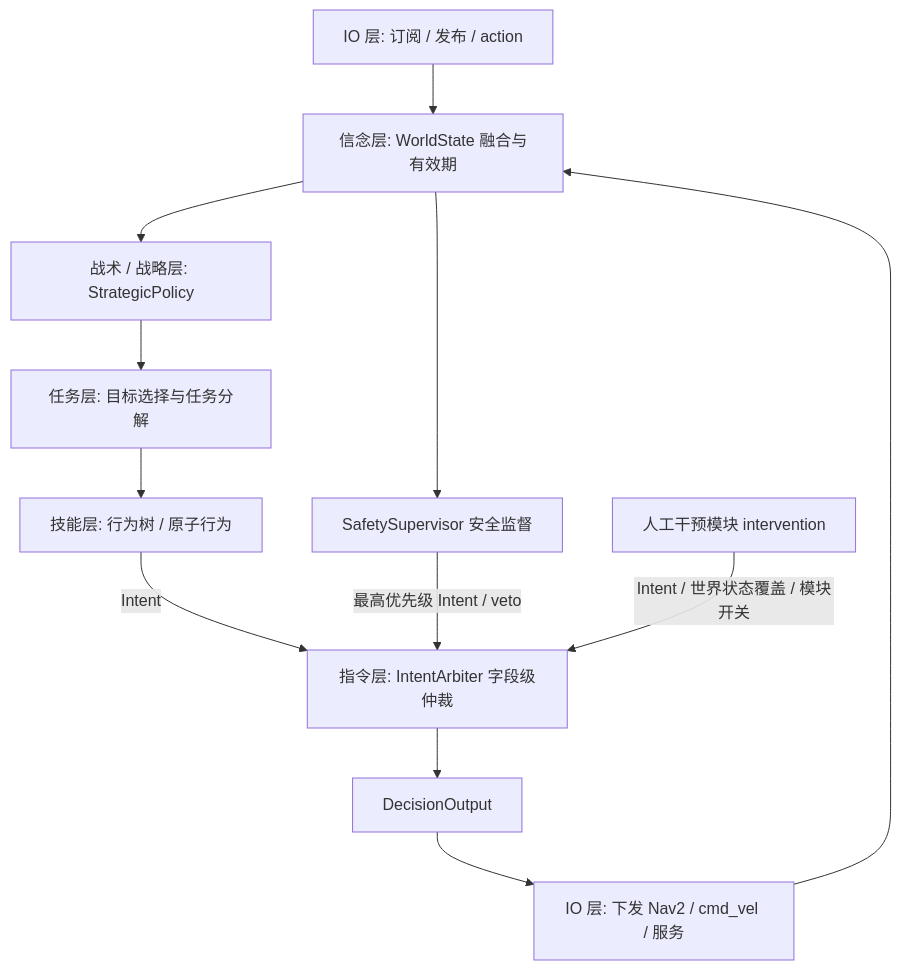
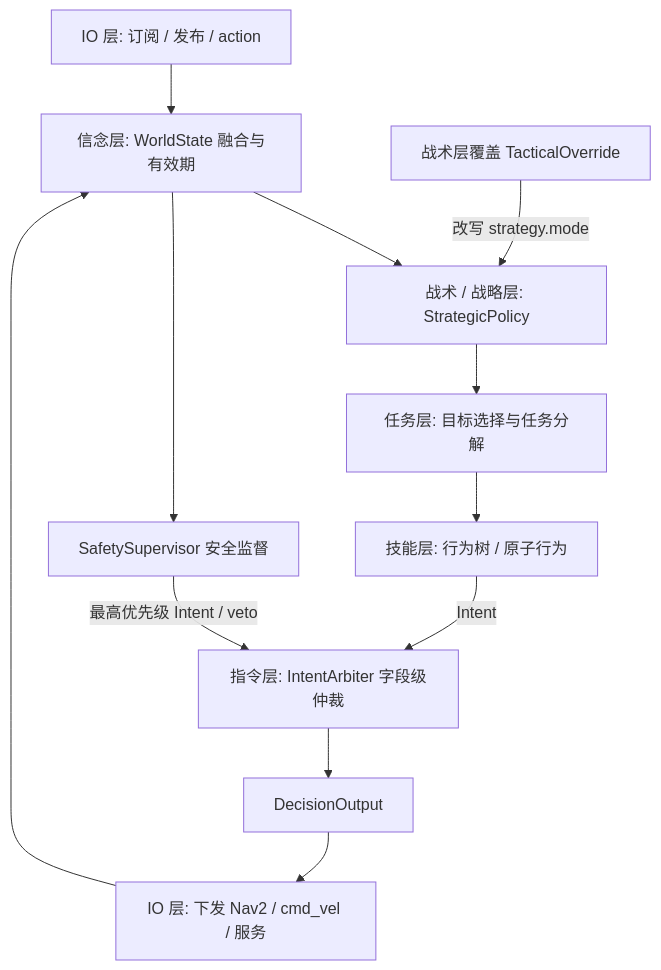
The first of 3 diagrams in docs/ARCHITECTURE.md (PnX-HKUSTGZ/sentry_decision_RM27), drawn with Mermaid before and after one commit. The commit also changed other lines of this file and 4 other files, not shown here.

````diff
--- a/docs/ARCHITECTURE.md
+++ b/docs/ARCHITECTURE.md
@@ -30,14 +30,14 @@
 ```mermaid
 flowchart TD
   IOIN[IO 层: 订阅 / 发布 / action] --> BELIEF[信念层: WorldState 融合与有效期]
   BELIEF --> STRAT[战术 / 战略层: StrategicPolicy]
   STRAT --> MISSION[任务层: 目标选择与任务分解]
   MISSION --> SKILL[技能层: 行为树 / 原子行为]
   SKILL -->|Intent| ARB[指令层: IntentArbiter 字段级仲裁]
   BELIEF --> SUP[SafetySupervisor 安全监督]
   SUP -->|最高优先级 Intent / veto| ARB
-  MAN[人工干预模块 intervention] -->|Intent / 世界状态覆盖 / 模块开关| ARB
+  TAC[战术层覆盖 TacticalOverride] -->|改写 strategy.mode| STRAT
   ARB --> OUT[DecisionOutput]
   OUT --> IOOUT[IO 层: 下发 Nav2 / cmd_vel / 服务]
   IOOUT --> BELIEF
 ```
````
